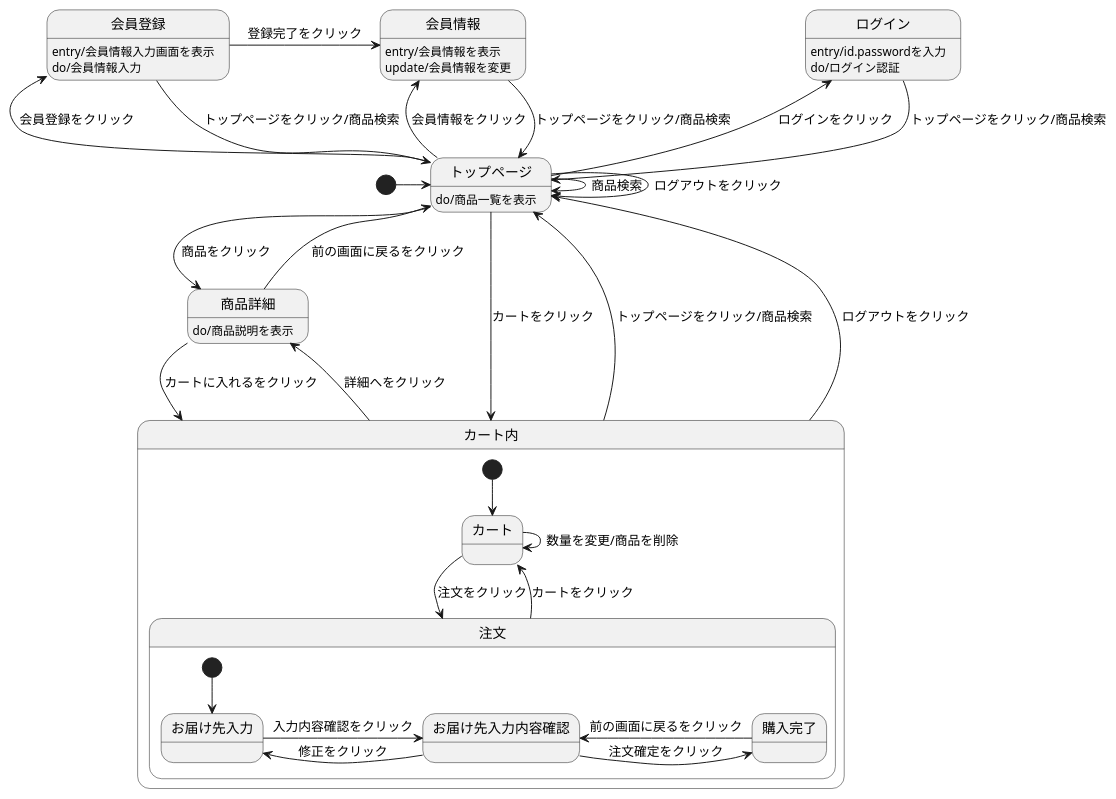
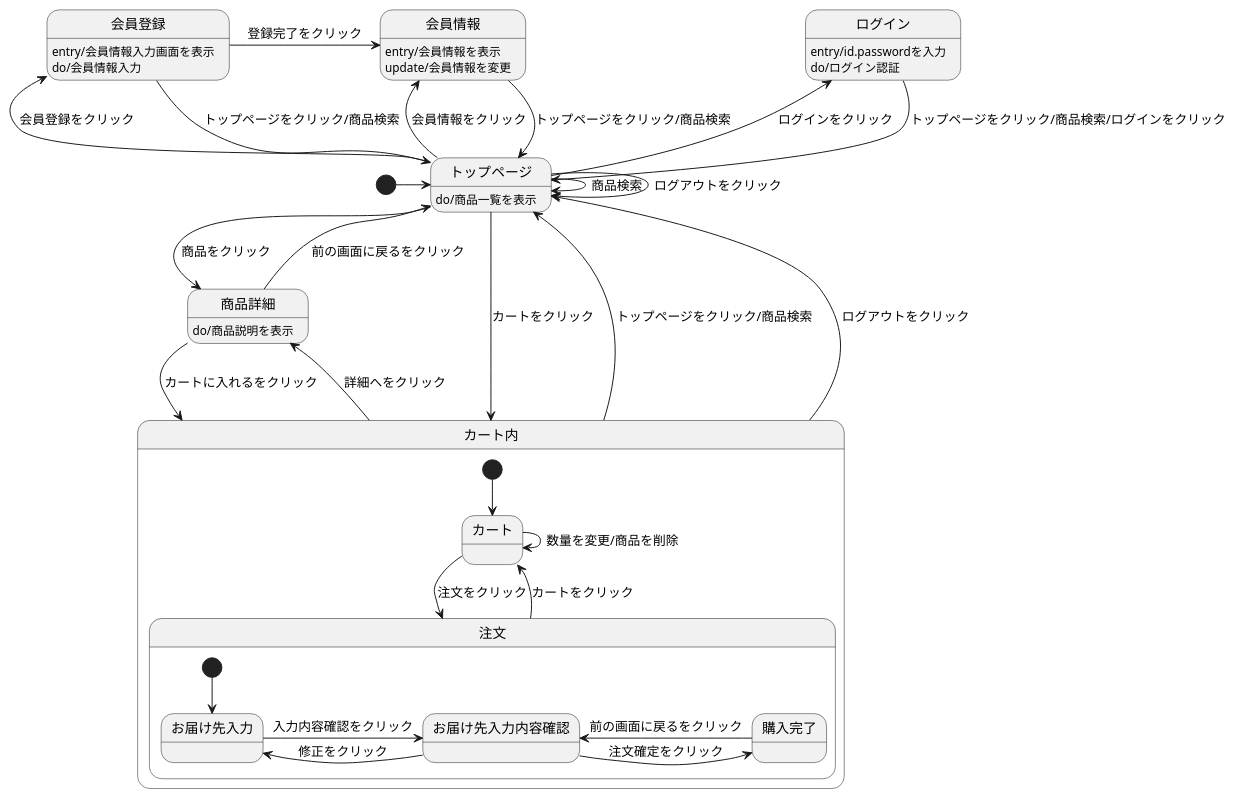
One commit to Aso2001027/2021sys-design changed the diagram in shopping1.md. Above: the diagram before and after it, drawn with PlantUML.

````diff
--- a/shopping1.md
+++ b/shopping1.md
@@ -1,43 +1,43 @@
 ```uml
 @startuml
 [*] -> トップページ
 会員情報 --> トップページ : トップページをクリック/商品検索
-ログイン --> トップページ : トップページをクリック/商品検索
+ログイン --> トップページ : トップページをクリック/商品検索/ログインをクリック
 ログイン : entry/id.passwordを入力
 ログイン : do/ログイン認証
 会員登録 -> 会員情報 : 登録完了をクリック
 会員登録 --> トップページ : トップページをクリック/商品検索
 会員登録 : entry/会員情報入力画面を表示
 会員登録 : do/会員情報入力
 トップページ -left-> 会員情報 : 会員情報をクリック
 会員情報 : entry/会員情報を表示
 会員情報 : update/会員情報を変更
 トップページ --> トップページ : ログアウトをクリック
 トップページ -> トップページ : 商品検索
 トップページ -> 商品詳細 : 商品をクリック
 トップページ -left-> 会員登録 : 会員登録をクリック
 トップページ -left-> ログイン : ログインをクリック
 トップページ --> カート内 : カートをクリック
 トップページ : do/商品一覧を表示
 商品詳細 --> カート内 : カートに入れるをクリック
 商品詳細 --> トップページ : 前の画面に戻るをクリック
 商品詳細 : do/商品説明を表示
 カート内 -up-> トップページ : トップページをクリック/商品検索
 カート内 -up-> トップページ : ログアウトをクリック
 カート内 -> 商品詳細 : 詳細へをクリック
 
 state カート内{
 [*] --> カート
 カート -> 注文 : 注文をクリック
 カート -> カート : 数量を変更/商品を削除
 注文 --> カート : カートをクリック
 state 注文 {
 [*] --> お届け先入力
 お届け先入力 -> お届け先入力内容確認 : 入力内容確認をクリック
 お届け先入力内容確認 -> お届け先入力 : 修正をクリック
 お届け先入力内容確認 -> 購入完了 : 注文確定をクリック
 購入完了 -> お届け先入力内容確認 : 前の画面に戻るをクリック
   }
 }
 @enduml
 ```
````
